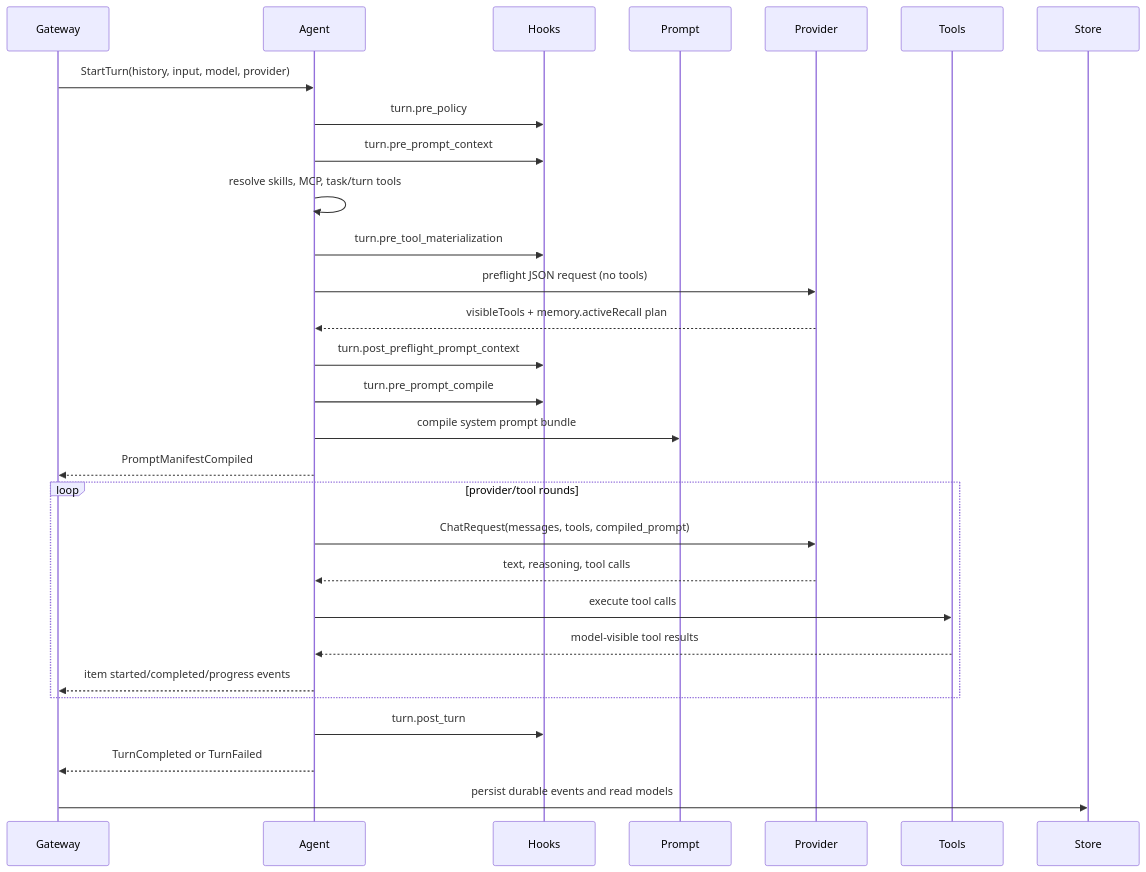
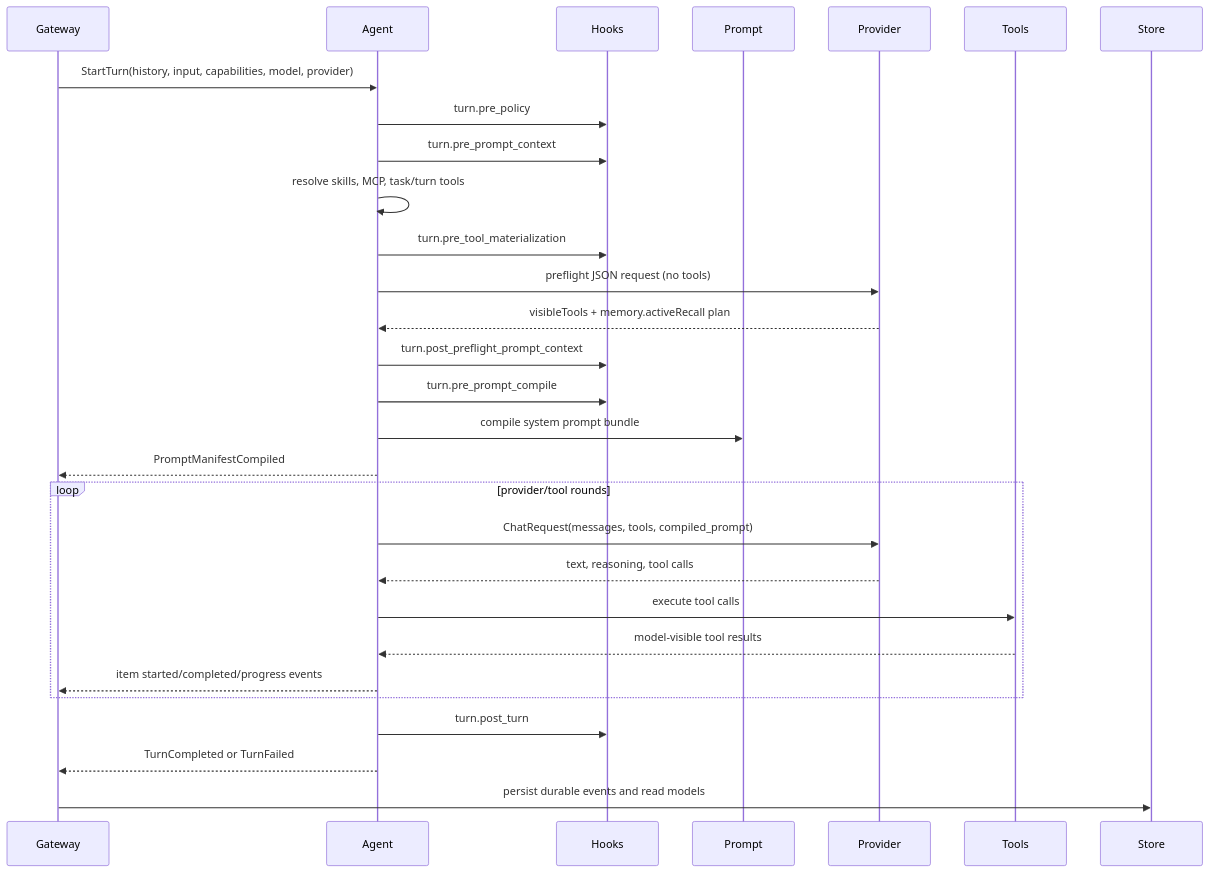
One commit to pioneerdotai/docs changed the diagram in architecture/agent-loop.mdx. Above: the diagram before and after it, drawn with Mermaid. The commit also changed other lines of this file and 17 other files, not shown here.

````diff
--- a/architecture/agent-loop.mdx
+++ b/architecture/agent-loop.mdx
@@ -45,32 +45,32 @@
 ```mermaid
 sequenceDiagram
   participant Gateway
   participant Agent
   participant Hooks
   participant Prompt
   participant Provider
   participant Tools
   participant Store
 
-  Gateway->>Agent: StartTurn(history, input, model, provider)
+  Gateway->>Agent: StartTurn(history, input, capabilities, model, provider)
   Agent->>Hooks: turn.pre_policy
   Agent->>Hooks: turn.pre_prompt_context
   Agent->>Agent: resolve skills, MCP, task/turn tools
   Agent->>Hooks: turn.pre_tool_materialization
   Agent->>Provider: preflight JSON request (no tools)
   Provider-->>Agent: visibleTools + memory.activeRecall plan
   Agent->>Hooks: turn.post_preflight_prompt_context
   Agent->>Hooks: turn.pre_prompt_compile
   Agent->>Prompt: compile system prompt bundle
   Agent-->>Gateway: PromptManifestCompiled
   loop provider/tool rounds
     Agent->>Provider: ChatRequest(messages, tools, compiled_prompt)
     Provider-->>Agent: text, reasoning, tool calls
     Agent->>Tools: execute tool calls
     Tools-->>Agent: model-visible tool results
     Agent-->>Gateway: item started/completed/progress events
   end
   Agent->>Hooks: turn.post_turn
   Agent-->>Gateway: TurnCompleted or TurnFailed
   Gateway->>Store: persist durable events and read models
 ```
````
